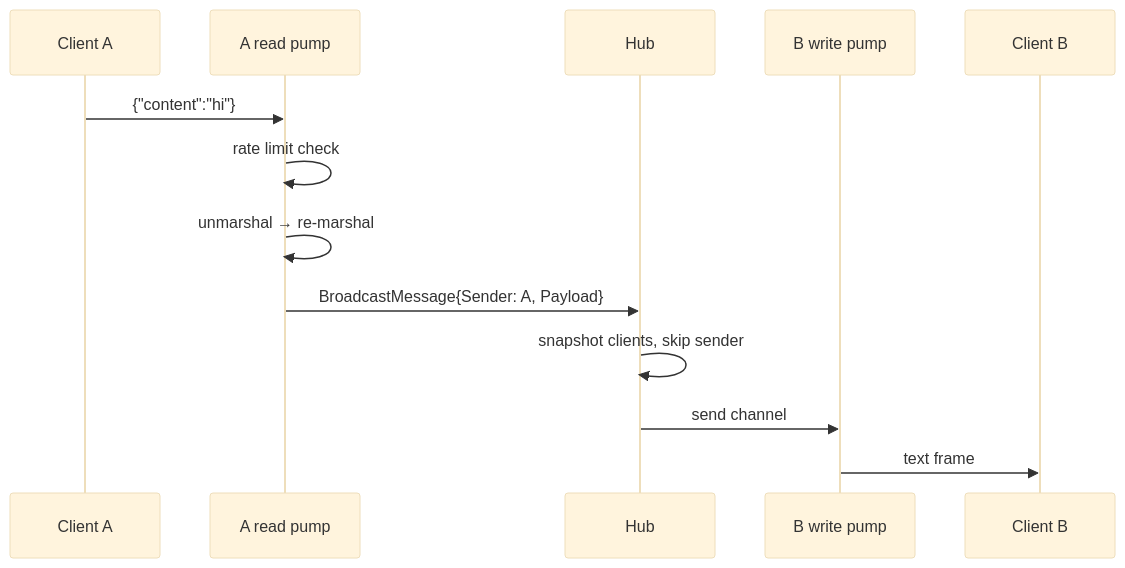
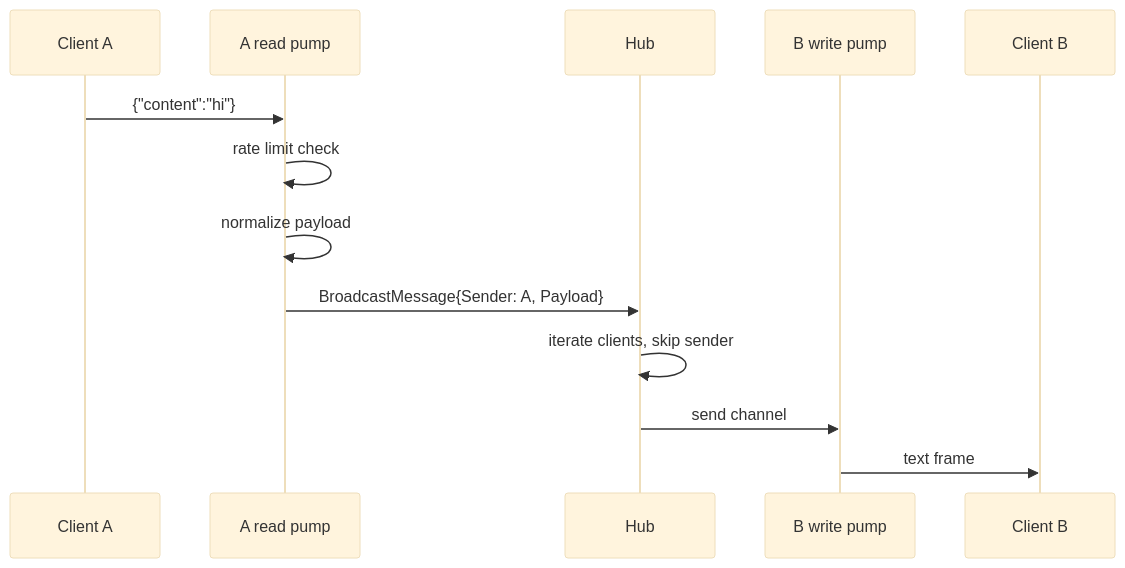
The second of 2 diagrams in docs/architecture/overview.md (Tyrowin/gochat), drawn with Mermaid (base theme) before and after one commit. The commit also changed other lines of this file and 39 other files, not shown here.

````diff
--- a/docs/architecture/overview.md
+++ b/docs/architecture/overview.md
@@ -82,16 +97,16 @@
 ```mermaid
 sequenceDiagram
     participant A as Client A
     participant RA as A read pump
     participant H as Hub
     participant WB as B write pump
     participant B as Client B
 
     A->>RA: {"content":"hi"}
     RA->>RA: rate limit check
-    RA->>RA: unmarshal → re-marshal
+    RA->>RA: normalize payload
     RA->>H: BroadcastMessage{Sender: A, Payload}
-    H->>H: snapshot clients, skip sender
+    H->>H: iterate clients, skip sender
     H->>WB: send channel
     WB->>B: text frame
 ```
````
